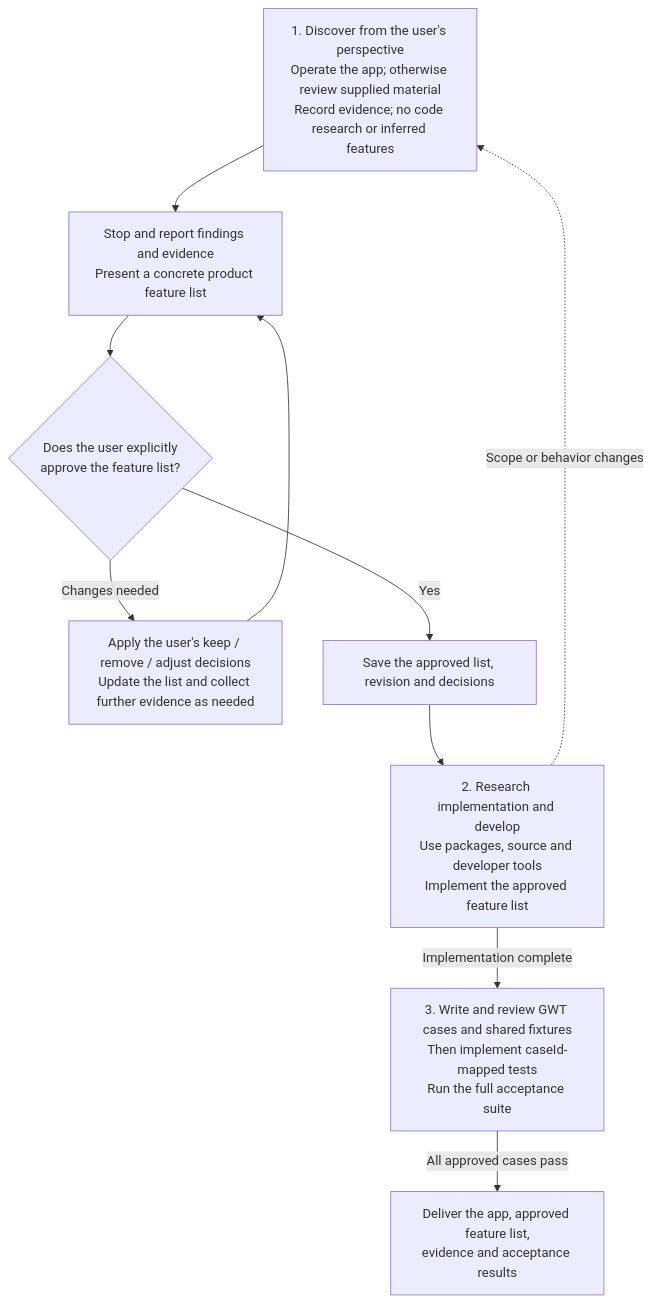
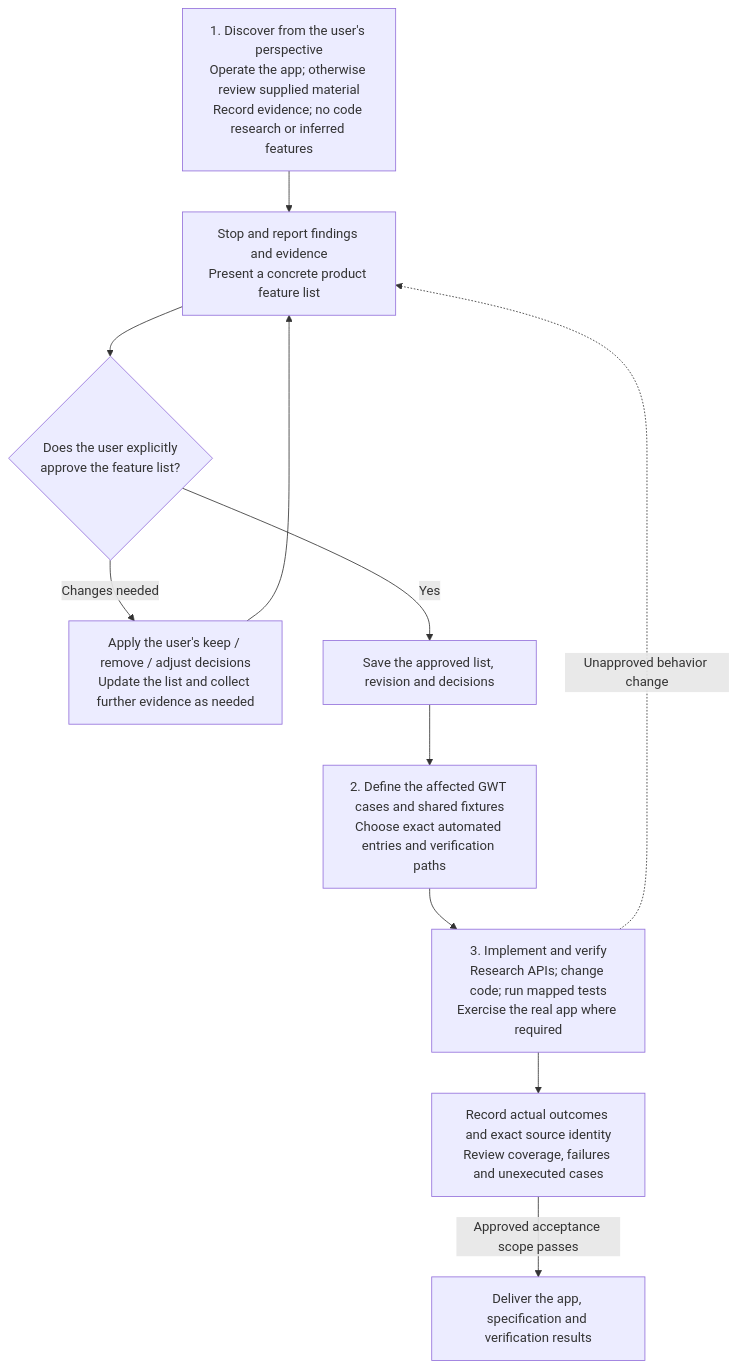
One commit to highestop/nono changed the diagram in rules/develop-app-workflow.md. Above: the diagram before and after it, drawn with Mermaid. The commit also changed other lines of this file, not shown here.

Commit message:
docs(workflow): specify cases and evidence before implementation

````diff
--- a/rules/develop-app-workflow.md
+++ b/rules/develop-app-workflow.md
@@ -5,13 +5,14 @@
 ```mermaid
 flowchart TD
     discover["1. Discover from the user's perspective<br/>Operate the app; otherwise review supplied material<br/>Record evidence; no code research or inferred features"]
     discover --> report["Stop and report findings and evidence<br/>Present a concrete product feature list"]
     report --> approval{"Does the user explicitly<br/>approve the feature list?"}
     approval -->|Changes needed| revise["Apply the user's keep / remove / adjust decisions<br/>Update the list and collect further evidence as needed"]
     revise --> report
     approval -->|Yes| baseline["Save the approved list, revision and decisions"]
-    baseline --> develop["2. Research implementation and develop<br/>Use packages, source and developer tools<br/>Implement the approved feature list"]
-    develop -. Scope or behavior changes .-> discover
-    develop -->|Implementation complete| acceptance["3. Write and review GWT cases and shared fixtures<br/>Then implement caseId-mapped tests<br/>Run the full acceptance suite"]
-    acceptance -->|All approved cases pass| deliver["Deliver the app, approved feature list,<br/>evidence and acceptance results"]
+    baseline --> cases["2. Define the affected GWT cases and shared fixtures<br/>Choose exact automated entries and verification paths"]
+    cases --> develop["3. Implement and verify<br/>Research APIs; change code; run mapped tests<br/>Exercise the real app where required"]
+    develop -. Unapproved behavior change .-> report
+    develop --> results["Record actual outcomes and exact source identity<br/>Review coverage, failures and unexecuted cases"]
+    results -->|Approved acceptance scope passes| deliver["Deliver the app, specification and verification results"]
 ```
````
